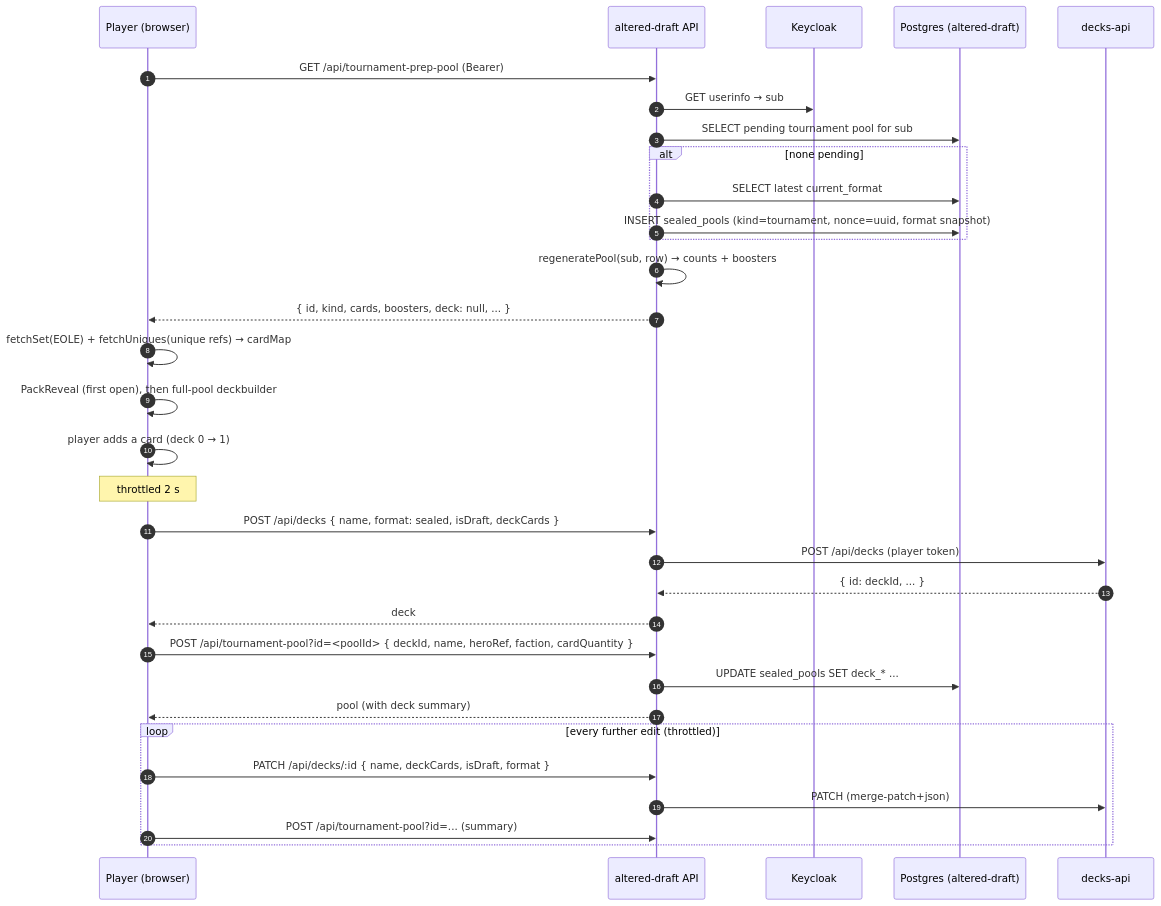
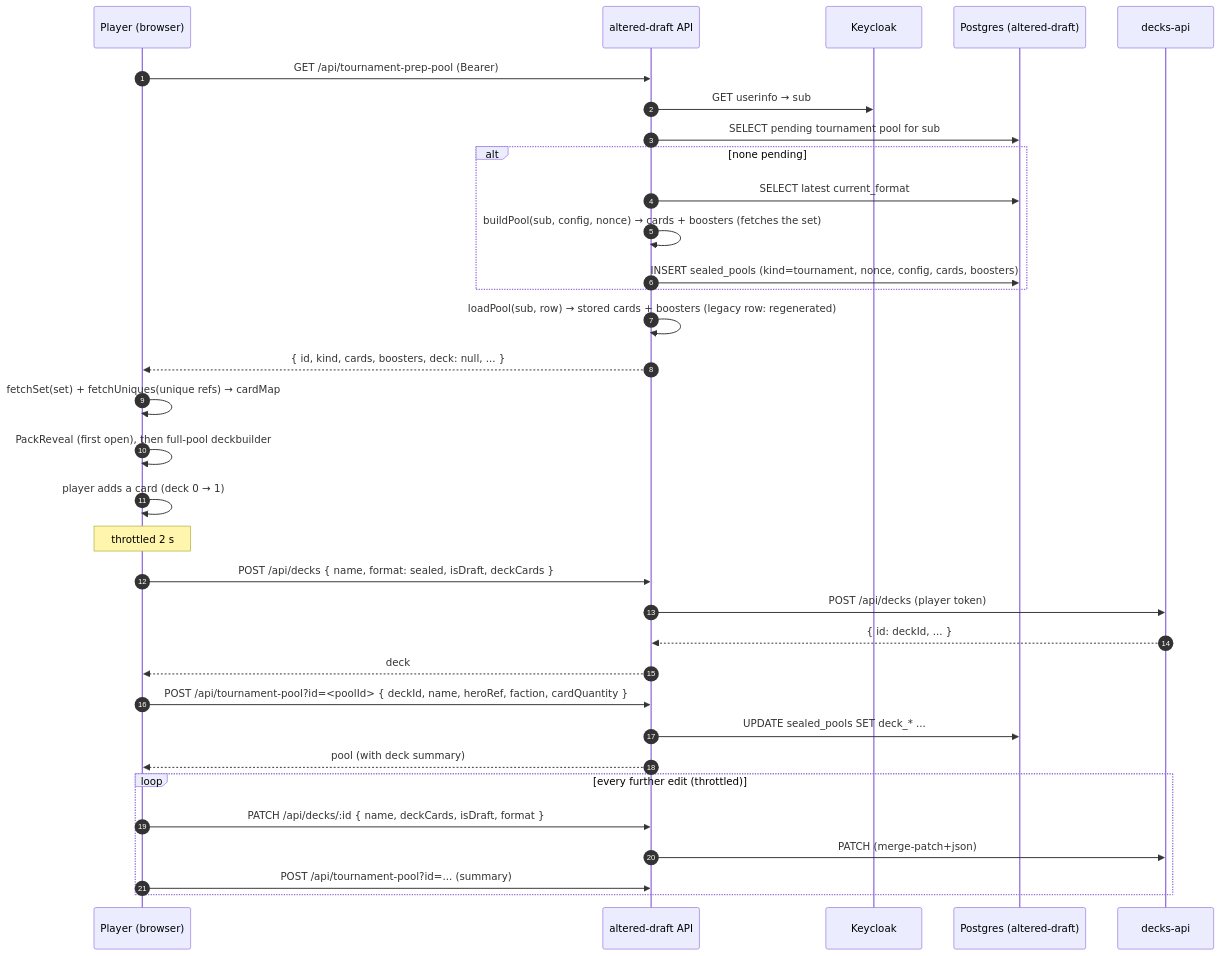
Before and after one commit to Altered-Re-Union/altered-draft: the second of 7 diagrams in docs/tournaments/README.md, drawn with Mermaid. The commit also changed other lines of this file and 3 other files, not shown here.

````diff
--- a/docs/tournaments/README.md
+++ b/docs/tournaments/README.md
@@ -233,35 +266,36 @@
 ```mermaid
 sequenceDiagram
   autonumber
   participant P as Player (browser)
   participant AD as altered-draft API
   participant KC as Keycloak
   participant DB as Postgres (altered-draft)
   participant DA as decks-api
 
   P->>AD: GET /api/tournament-prep-pool (Bearer)
   AD->>KC: GET userinfo → sub
   AD->>DB: SELECT pending tournament pool for sub
   alt none pending
     AD->>DB: SELECT latest current_format
-    AD->>DB: INSERT sealed_pools (kind=tournament, nonce=uuid, format snapshot)
+    AD->>AD: buildPool(sub, config, nonce) → cards + boosters (fetches the set)
+    AD->>DB: INSERT sealed_pools (kind=tournament, nonce, config, cards, boosters)
   end
-  AD->>AD: regeneratePool(sub, row) → counts + boosters
+  AD->>AD: loadPool(sub, row) → stored cards + boosters (legacy row: regenerated)
   AD-->>P: { id, kind, cards, boosters, deck: null, ... }
-  P->>P: fetchSet(EOLE) + fetchUniques(unique refs) → cardMap
+  P->>P: fetchSet(set) + fetchUniques(unique refs) → cardMap
   P->>P: PackReveal (first open), then full-pool deckbuilder
   P->>P: player adds a card (deck 0 → 1)
   Note over P: throttled 2 s
   P->>AD: POST /api/decks { name, format: sealed, isDraft, deckCards }
   AD->>DA: POST /api/decks (player token)
   DA-->>AD: { id: deckId, ... }
   AD-->>P: deck
   P->>AD: POST /api/tournament-pool?id=<poolId> { deckId, name, heroRef, faction, cardQuantity }
   AD->>DB: UPDATE sealed_pools SET deck_* ...
   AD-->>P: pool (with deck summary)
   loop every further edit (throttled)
     P->>AD: PATCH /api/decks/:id { name, deckCards, isDraft, format }
     AD->>DA: PATCH (merge-patch+json)
     P->>AD: POST /api/tournament-pool?id=... (summary)
   end
 ```
````
